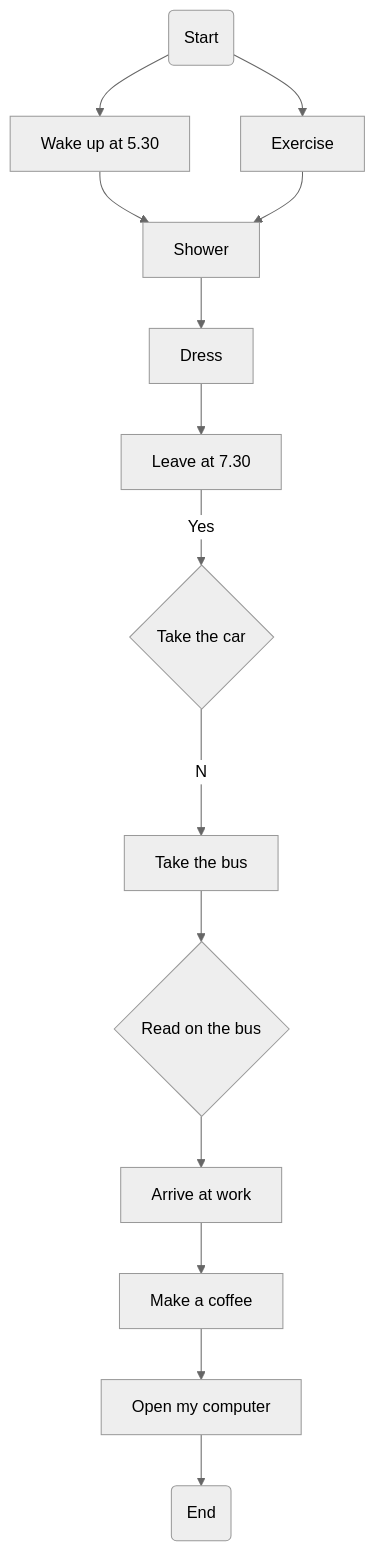
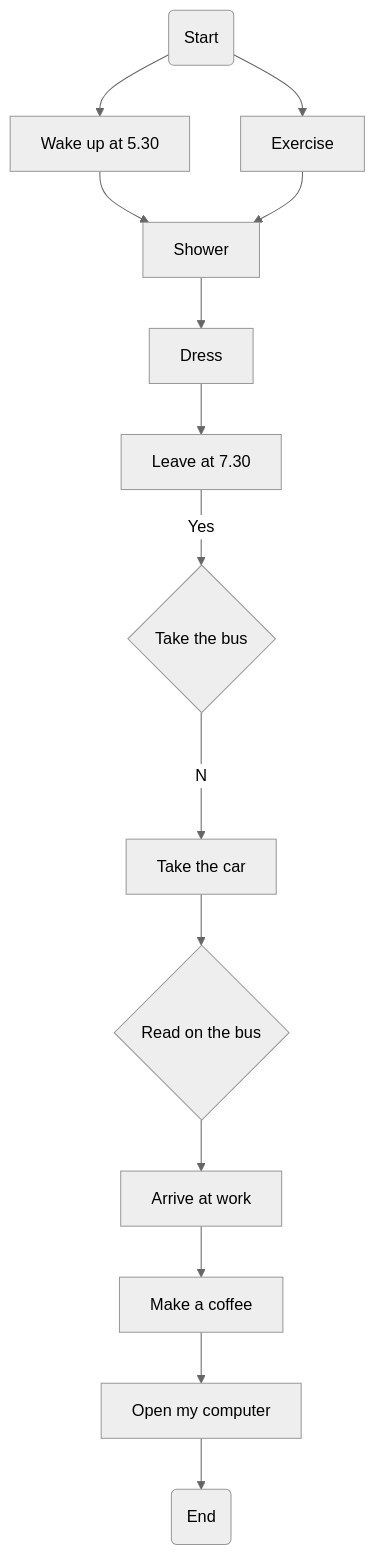
The second of 2 diagrams in student-work/2022/Debbie-Mankowitz/diagrams.md (yusale9/student-showcase), drawn with Mermaid (neutral theme) before and after one commit.

````diff
--- a/student-work/2022/Debbie-Mankowitz/diagrams.md
+++ b/student-work/2022/Debbie-Mankowitz/diagrams.md
@@ -8,16 +8,16 @@
 ```mermaid
 graph TB;
 A(Start)--> B[Wake up at 5.30];
 A --> C[Exercise];
 B --> D[Lay out your clothes];
 C --> D[Shower];
 D --> E[Dress];
 E --> F[Leave at 7.30];
-F --Yes--> G{Take the car};
-G --No--> H[Take the bus];
+F --Yes--> G{Take the bus};
+G --No--> H[Take the car];
 H -->I{Read on the bus}
 I --> J[Arrive at work];
 J --> K[Make a coffee];
 K --> L[Open my computer];
 L --> M(End)
 ```
````
